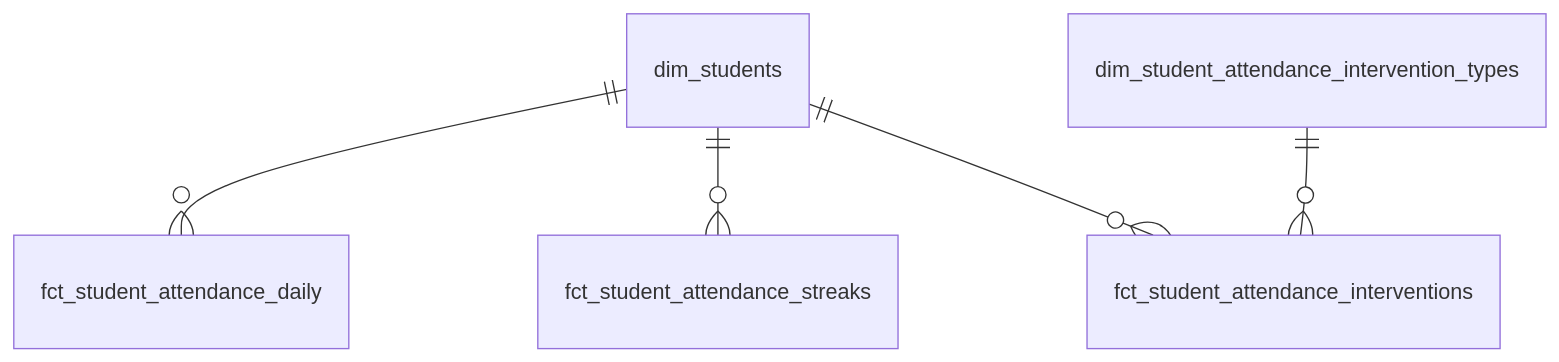
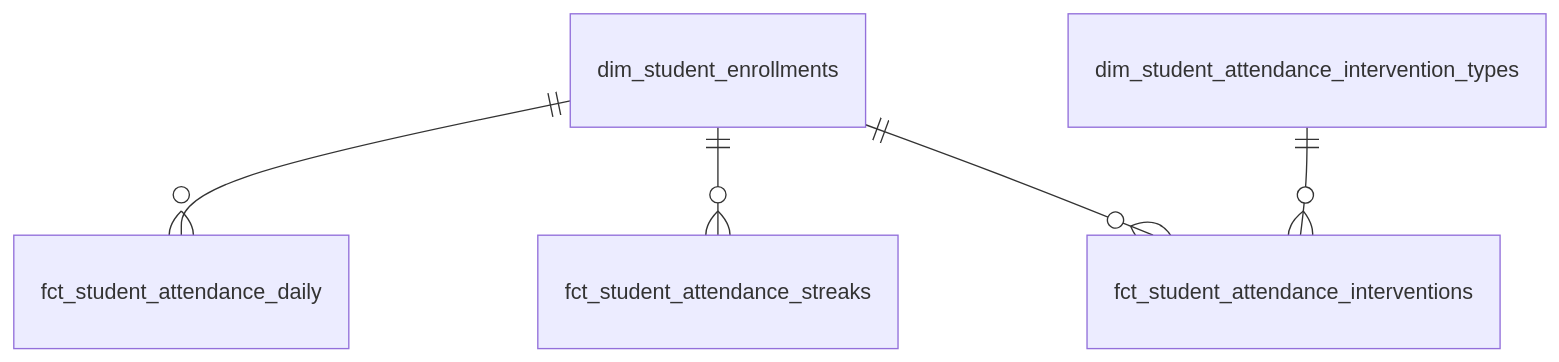
Before and after one commit to TEAMSchools/teamster: the sixth of 10 diagrams in docs/superpowers/specs/2026-03-27-star-schema-data-mart-design.md, drawn with Mermaid. The commit also changed other lines of this file, not shown here.

First line of the commit message:
docs: revise star schema data mart spec per stakeholder feedback

````diff
--- a/docs/superpowers/specs/2026-03-27-star-schema-data-mart-design.md
+++ b/docs/superpowers/specs/2026-03-27-star-schema-data-mart-design.md
@@ -383,7 +467,7 @@
 ```mermaid
 erDiagram
-    dim_students ||--o{ fct_student_attendance_daily : ""
-    dim_students ||--o{ fct_student_attendance_streaks : ""
-    dim_students ||--o{ fct_student_attendance_interventions : ""
+    dim_student_enrollments ||--o{ fct_student_attendance_daily : ""
+    dim_student_enrollments ||--o{ fct_student_attendance_streaks : ""
+    dim_student_enrollments ||--o{ fct_student_attendance_interventions : ""
     dim_student_attendance_intervention_types ||--o{ fct_student_attendance_interventions : ""
 ```
````
